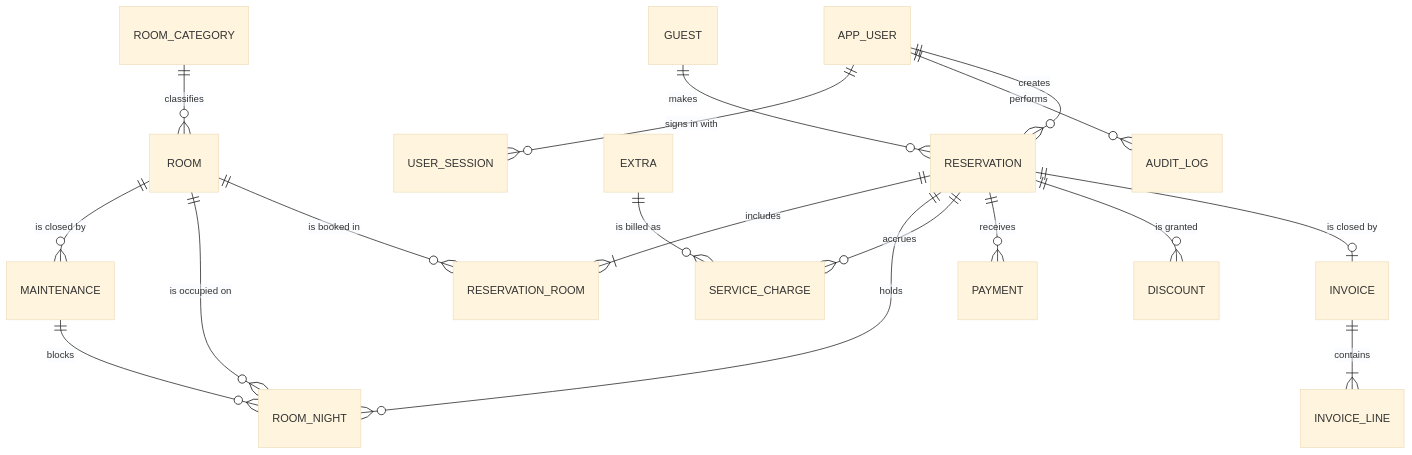
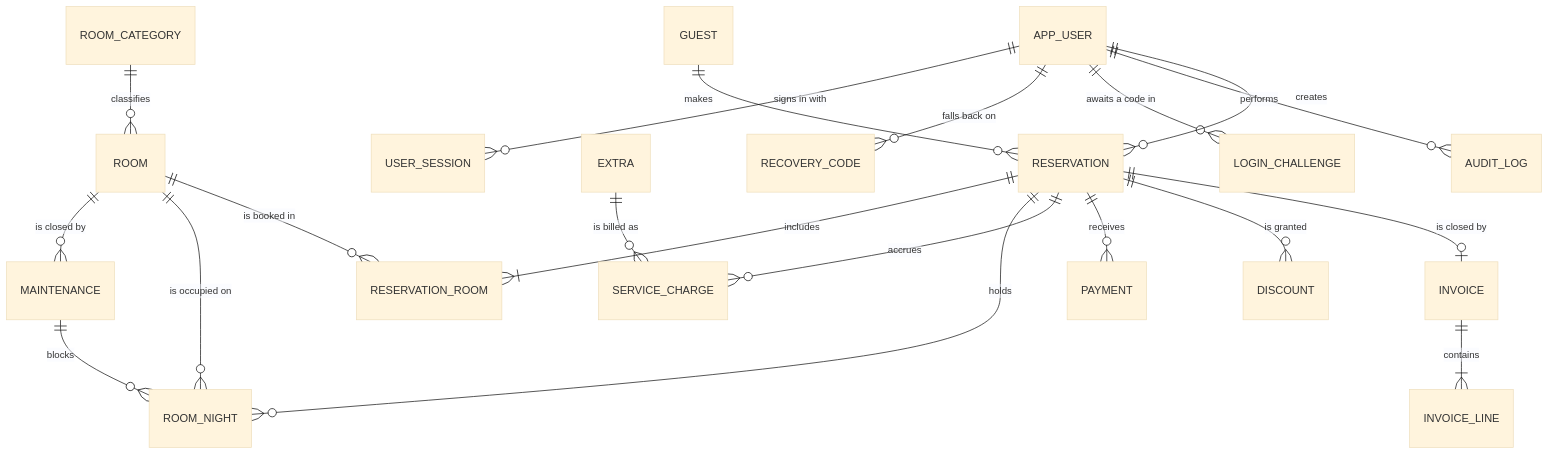
One commit to MrWillingten/hotel-management-system changed the diagram in docs/data-model.md. Above: the diagram before and after it, drawn with Mermaid (base theme). The commit also changed other lines of this file and 38 other files, not shown here.

````diff
--- a/docs/data-model.md
+++ b/docs/data-model.md
@@ -9,20 +9,22 @@
 ```mermaid
 erDiagram
     ROOM_CATEGORY ||--o{ ROOM : classifies
     ROOM ||--o{ MAINTENANCE : "is closed by"
     ROOM ||--o{ ROOM_NIGHT : "is occupied on"
     GUEST ||--o{ RESERVATION : makes
     RESERVATION ||--|{ RESERVATION_ROOM : includes
     ROOM ||--o{ RESERVATION_ROOM : "is booked in"
     RESERVATION ||--o{ ROOM_NIGHT : holds
     MAINTENANCE ||--o{ ROOM_NIGHT : blocks
     RESERVATION ||--o{ SERVICE_CHARGE : accrues
     EXTRA ||--o{ SERVICE_CHARGE : "is billed as"
     RESERVATION ||--o{ PAYMENT : receives
     RESERVATION ||--o{ DISCOUNT : "is granted"
     RESERVATION ||--o| INVOICE : "is closed by"
     INVOICE ||--|{ INVOICE_LINE : contains
     APP_USER ||--o{ USER_SESSION : "signs in with"
+    APP_USER ||--o{ RECOVERY_CODE : "falls back on"
+    APP_USER ||--o{ LOGIN_CHALLENGE : "awaits a code in"
     APP_USER ||--o{ AUDIT_LOG : performs
     APP_USER ||--o{ RESERVATION : creates
 ```
````
